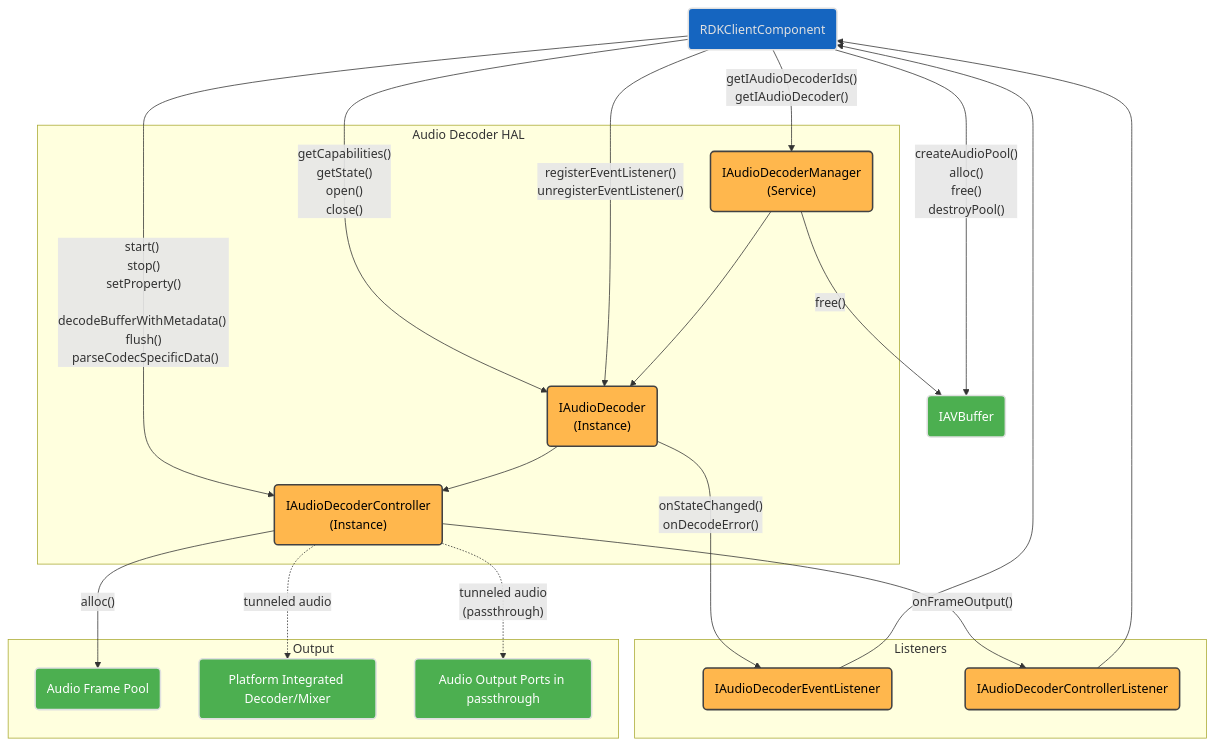
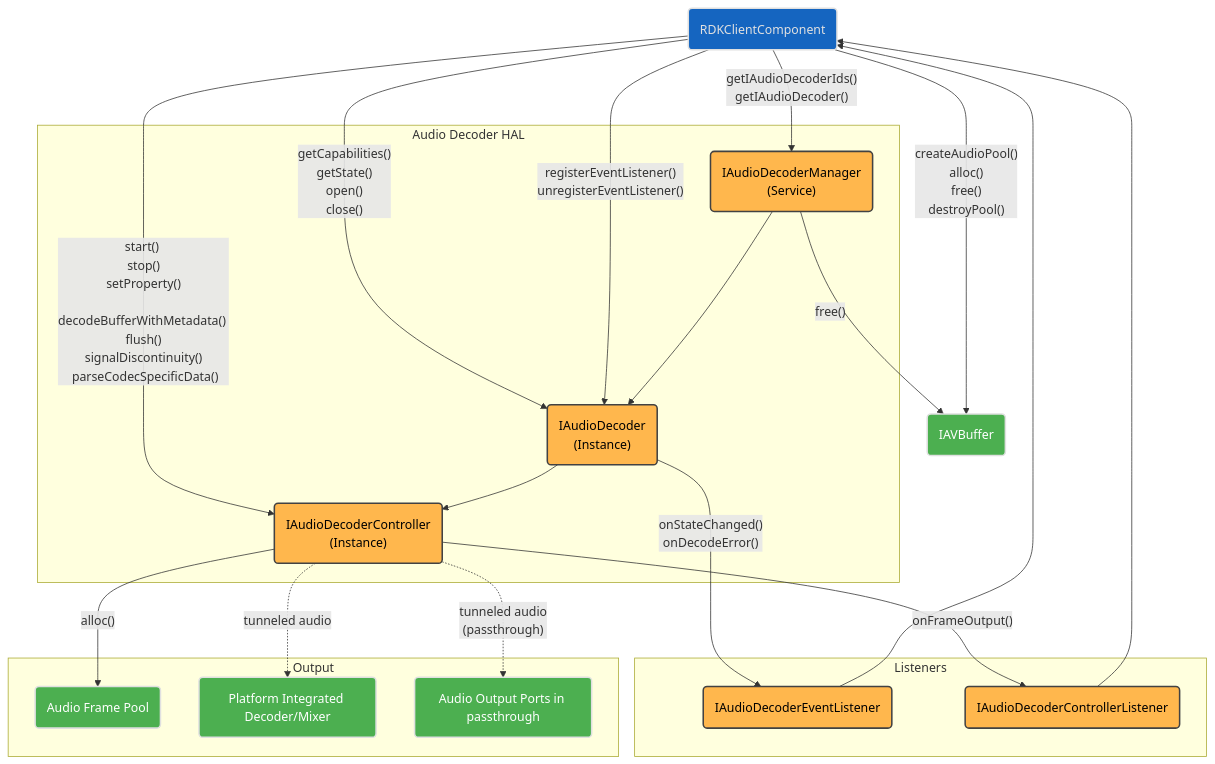
The first of 5 diagrams in audiodecoder/current/docs/audio_decoder.md (rdkcentral/rdk-halif-aidl), drawn with Mermaid before and after one commit. The commit also changed other lines of this file and 7 other files, not shown here.

First line of the commit message:
feat(audiodecoder,videodecoder)!: remove InputBufferMetadata.discontinuity, keep signalDiscontinuity() (#706)

````diff
--- a/audiodecoder/current/docs/audio_decoder.md
+++ b/audiodecoder/current/docs/audio_decoder.md
@@ -106,50 +106,50 @@
 ```mermaid
 flowchart TD
     RDKClientComponent("RDKClientComponent")
     subgraph Listeners["Listeners"]
         IAudioDecoderEventListener("IAudioDecoderEventListener")
         IAudioDecoderControllerListener("IAudioDecoderControllerListener")
     end
     subgraph IAudioDecoderHAL["Audio Decoder HAL"]
         IAudioDecoderManager("IAudioDecoderManager <br>(Service)")
         IAudioDecoder("IAudioDecoder <br>(Instance)")
         IAudioDecoderController("IAudioDecoderController <br>(Instance)")
     end
     subgraph OutputComponents["Output"]
         AudioFramePool("Audio Frame Pool")
         PlatformDecoder("Platform Integrated Decoder/Mixer")
         AudioOutput("Audio Output Ports in passthrough")
     end
     RDKClientComponent -- createAudioPool() <br> alloc() <br> free() <br> destroyPool() --> IAVBuffer(IAVBuffer)
     RDKClientComponent -- getIAudioDecoderIds() <br> getIAudioDecoder() --> IAudioDecoderManager
     RDKClientComponent -- getCapabilities() <br> getState() <br> open() <br> close() --> IAudioDecoder
     RDKClientComponent -- registerEventListener() <br> unregisterEventListener() --> IAudioDecoder
-    RDKClientComponent -- start() <br> stop() <br> setProperty() <br> decodeBufferWithMetadata() <br> flush() <br> parseCodecSpecificData() --> IAudioDecoderController
+    RDKClientComponent -- start() <br> stop() <br> setProperty() <br> decodeBufferWithMetadata() <br> flush() <br> signalDiscontinuity() <br> parseCodecSpecificData() --> IAudioDecoderController
     IAudioDecoderManager --> IAudioDecoder --> IAudioDecoderController
     IAudioDecoder -- onStateChanged() <br> onDecodeError() --> IAudioDecoderEventListener
     IAudioDecoderEventListener --> RDKClientComponent
     IAudioDecoderControllerListener --> RDKClientComponent
     IAudioDecoderController -- onFrameOutput() --> IAudioDecoderControllerListener
     IAudioDecoderController -- alloc() --> AudioFramePool
     IAudioDecoderManager -- free() --> IAVBuffer
     IAudioDecoderController -. tunneled audio -.-> PlatformDecoder
     IAudioDecoderController -. tunneled audio <br>(passthrough) -.-> AudioOutput
 
     classDef background fill:#121212,stroke:none,color:#E0E0E0;
     classDef blue fill:#1565C0,stroke:#E0E0E0,stroke-width:2px,color:#E0E0E0;
     classDef lightGrey fill:#616161,stroke:#E0E0E0,stroke-width:2px,color:#FFFFFF;
     classDef wheat fill:#FFB74D,stroke:#424242,stroke-width:2px,color:#000000;
     classDef green fill:#4CAF50,stroke:#E0E0E0,stroke-width:2px,color:#FFFFFF;
     classDef default fill:#1E1E1E,stroke:#E0E0E0,stroke-width:1px,color:#E0E0E0;
 
     RDKClientComponent:::blue
     IAudioDecoderManager:::wheat
     IAudioDecoderController:::wheat
     IAudioDecoder:::wheat
     IAVBuffer:::green
     IAudioDecoderControllerListener:::wheat
     IAudioDecoderEventListener:::wheat
     AudioFramePool:::green
     PlatformDecoder:::green
     AudioOutput:::green
 ```
````
